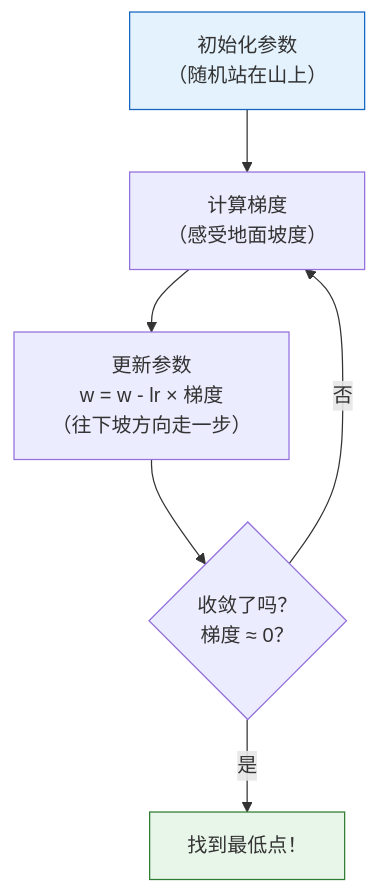
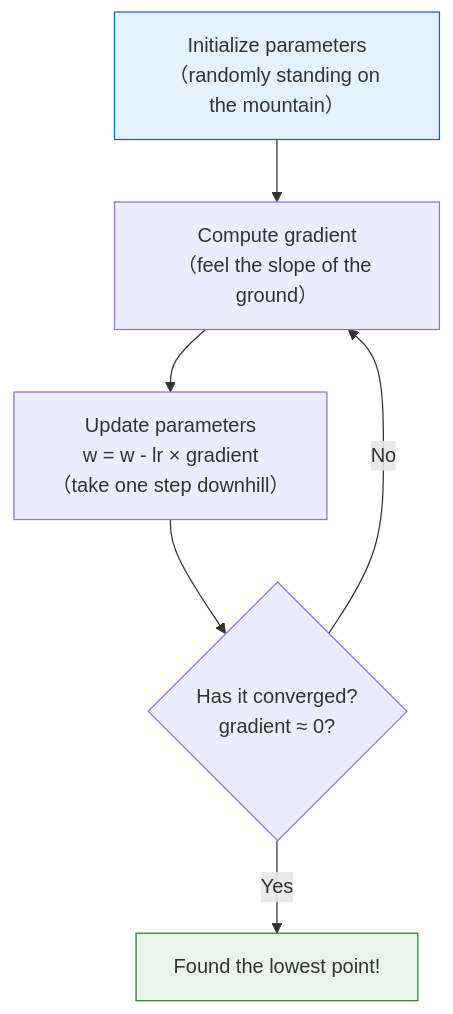
Before and after one commit to oudbiao/AI-fullstack-course: the first of 2 diagrams in docs/ch04-ai-math/ch03-calculus/03-gradient-descent.md, drawn with Mermaid. The commit also changed other lines of this file and 1406 other files, not shown here.

````diff
--- a/docs/ch04-ai-math/ch03-calculus/03-gradient-descent.md
+++ b/docs/ch04-ai-math/ch03-calculus/03-gradient-descent.md
@@ -59,11 +59,11 @@
 ```mermaid
 flowchart TD
-    A["初始化参数<br/>（随机站在山上）"] --> B["计算梯度<br/>（感受地面坡度）"]
-    B --> C["更新参数<br/>w = w - lr × 梯度<br/>（往下坡方向走一步）"]
-    C --> D{"收敛了吗？<br/>梯度 ≈ 0？"}
-    D -->|否| B
-    D -->|是| E["找到最低点！"]
+    A["Initialize parameters<br/>（randomly standing on the mountain）"] --> B["Compute gradient<br/>（feel the slope of the ground）"]
+    B --> C["Update parameters<br/>w = w - lr × gradient<br/>（take one step downhill）"]
+    C --> D{"Has it converged?<br/>gradient ≈ 0?"}
+    D -->|No| B
+    D -->|Yes| E["Found the lowest point!"]
 
     style A fill:#e3f2fd,stroke:#1565c0,color:#333
     style E fill:#e8f5e9,stroke:#2e7d32,color:#333
 ```
````
